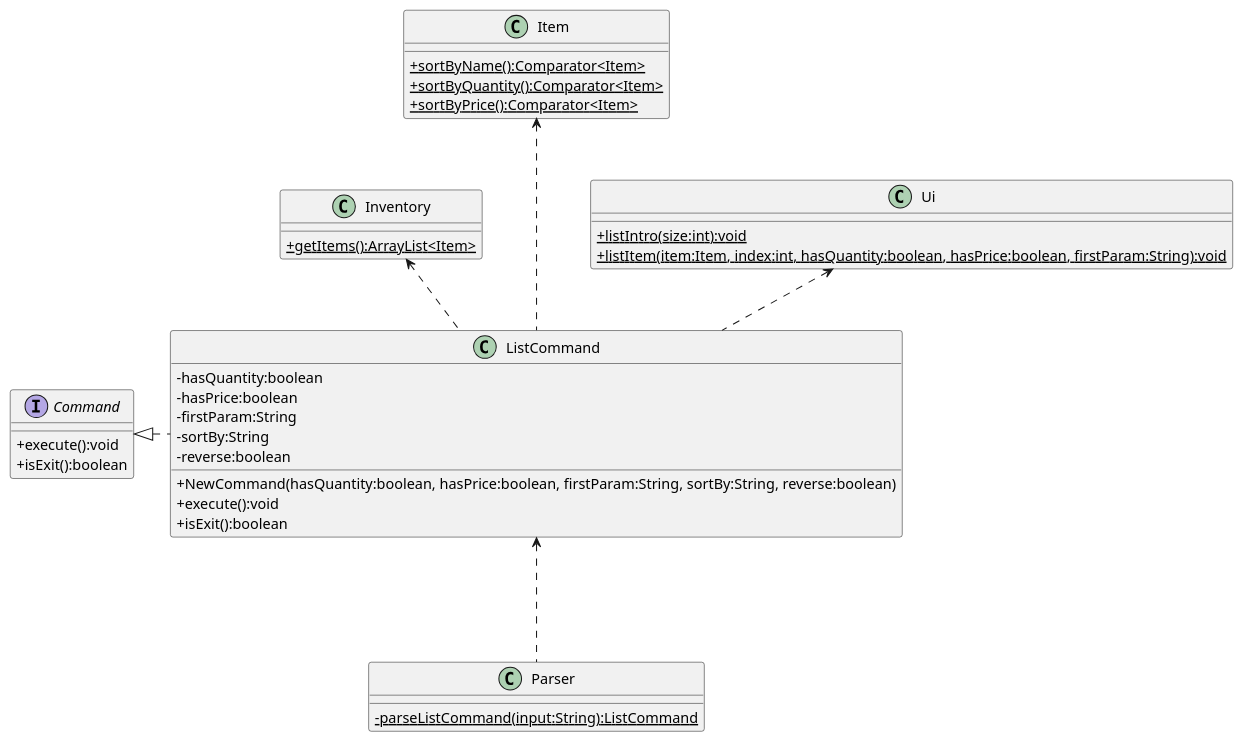
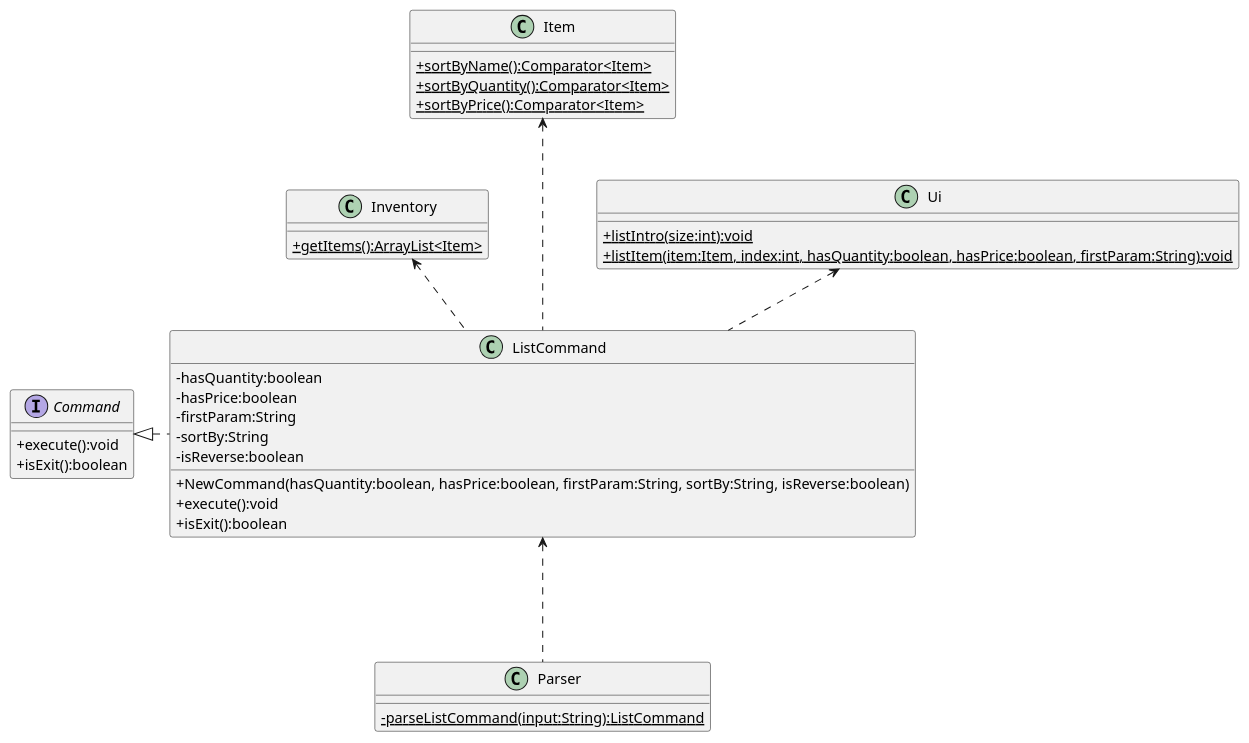
Before and after one commit to rismm/tp: the first of 2 diagrams in docs/uml-diagrams/ListCommand.puml, drawn with PlantUML. The commit also changed other lines of this file and 3 other files, not shown here.

```diff
--- a/docs/uml-diagrams/ListCommand.puml
+++ b/docs/uml-diagrams/ListCommand.puml
@@ -1,51 +1,51 @@
 @startuml
 skinparam classAttributeIconSize 0
 
 abstract class Command
 class Inventory
 class Item
 class ListCommand
 class Parser
 class Ui
 
 Command <|. ListCommand
 Item <... ListCommand
 Ui <.. ListCommand
 Inventory <.. ListCommand
 ListCommand <... Parser
 
 interface Command {
     +execute():void
     +isExit():boolean
 }
 
 class ListCommand {
     -hasQuantity:boolean
     -hasPrice:boolean
     -firstParam:String
     -sortBy:String
-    -reverse:boolean
-    +NewCommand(hasQuantity:boolean, hasPrice:boolean, firstParam:String, sortBy:String, reverse:boolean)
+    -isReverse:boolean
+    +NewCommand(hasQuantity:boolean, hasPrice:boolean, firstParam:String, sortBy:String, isReverse:boolean)
     +execute():void
     +isExit():boolean
 }
 
 class Item {
     {static}+sortByName():Comparator<Item>
     {static}+sortByQuantity():Comparator<Item>
     {static}+sortByPrice():Comparator<Item>
 }
 
 class Inventory {
     {static}+getItems():ArrayList<Item>
 }
 
 class Ui {
     {static}+listIntro(size:int):void
     {static}+listItem(item:Item, index:int, hasQuantity:boolean, hasPrice:boolean, firstParam:String):void
 }
 
 class Parser {
     {static}-parseListCommand(input:String):ListCommand
 }
 @enduml
```
